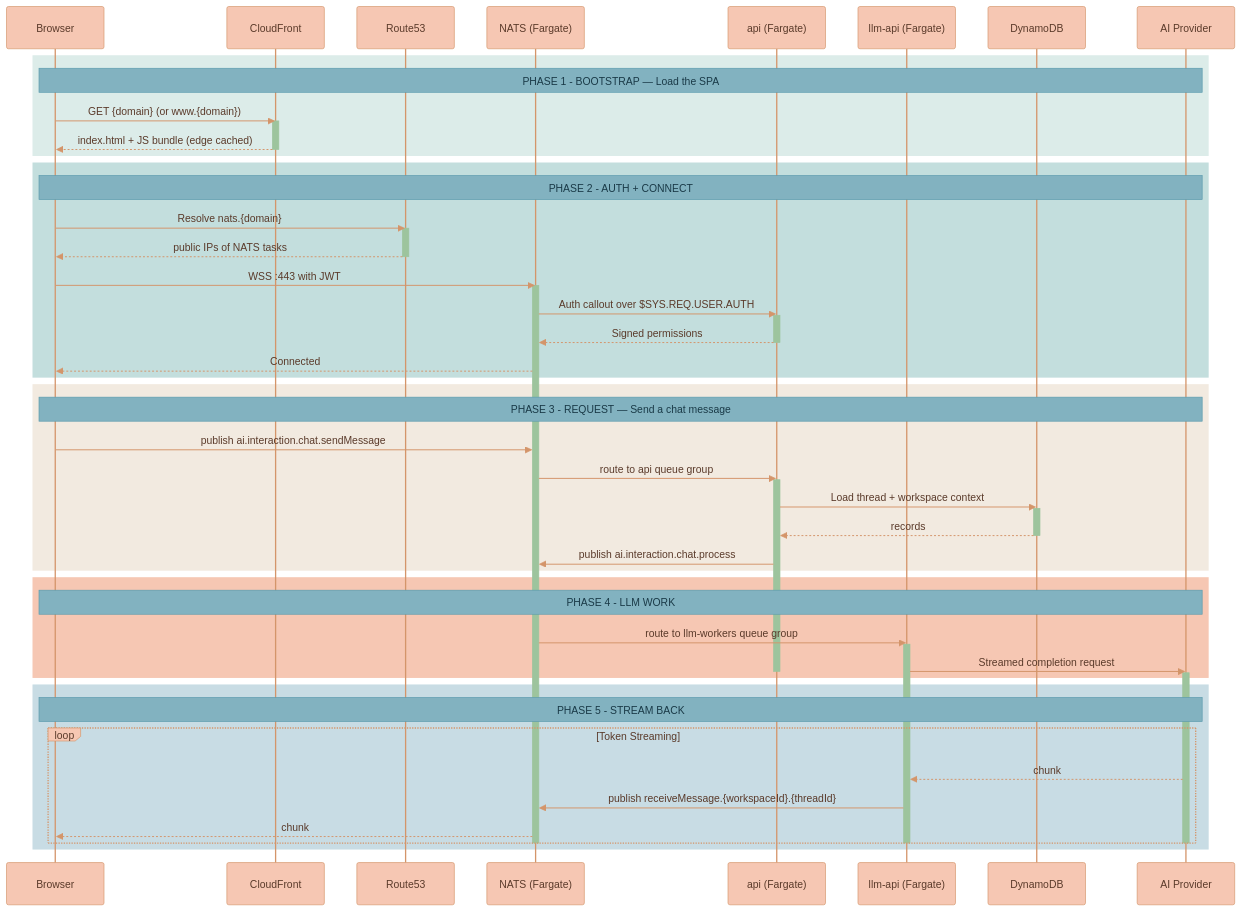
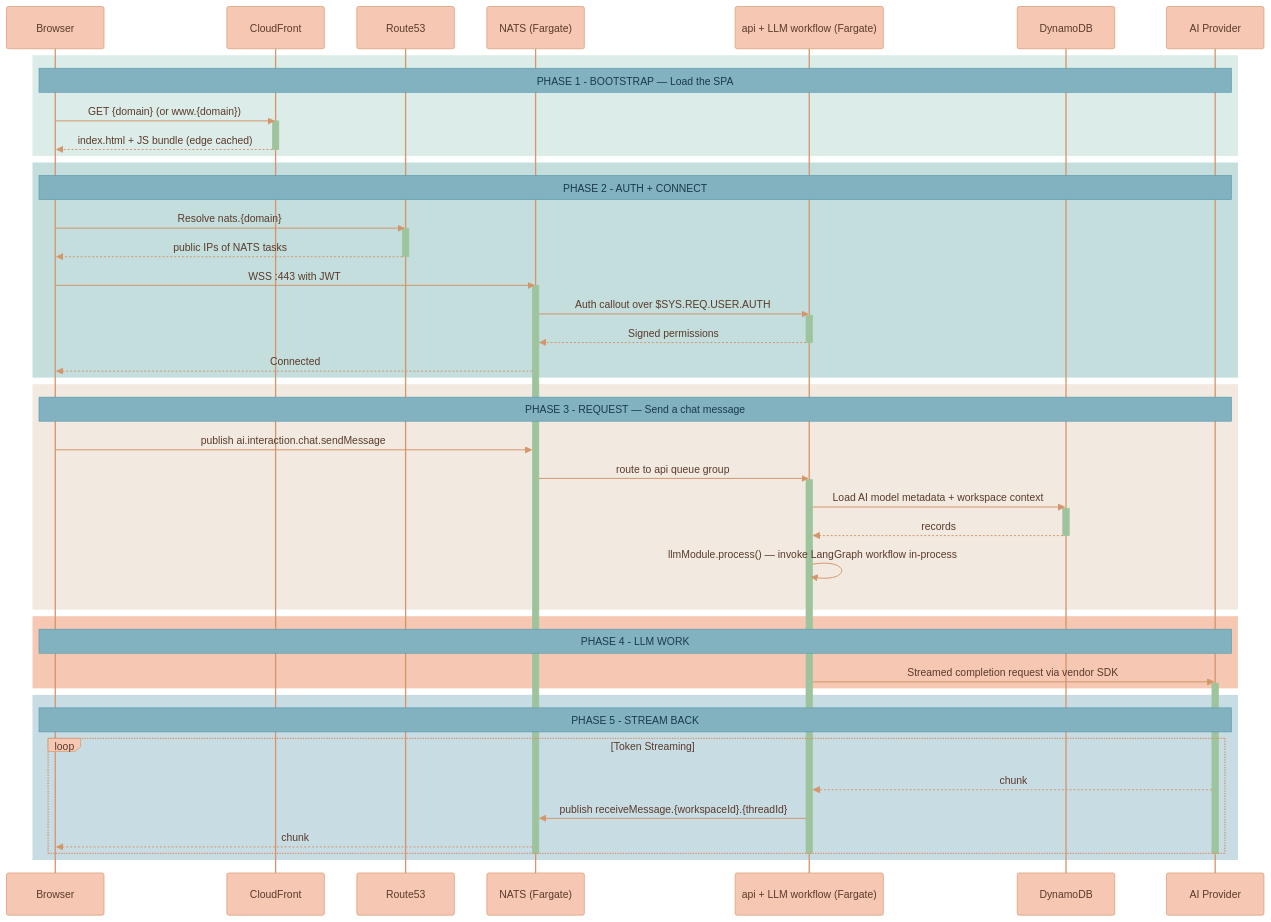
Before and after one commit to Lixpi/lixpi: the seventh of 8 diagrams in documentation/INFRASTRUCTURE-AND-DEPLOYMENT.md, drawn with Mermaid. The commit also changed other lines of this file and 59 other files, not shown here.

Commit message:
LIX-137 # Migrate LLM orchestration from Python llm-api to TypeScript in-process LangGraph module

````diff
--- a/documentation/INFRASTRUCTURE-AND-DEPLOYMENT.md
+++ b/documentation/INFRASTRUCTURE-AND-DEPLOYMENT.md
@@ -476,68 +469,64 @@
 ```mermaid
 %%{init: {'theme': 'base', 'themeVariables': { 'noteBkgColor': '#82B2C0', 'noteTextColor': '#1a3a47', 'noteBorderColor': '#5a9aad', 'actorBkg': '#F6C7B3', 'actorBorder': '#d4956a', 'actorTextColor': '#5a3a2a', 'actorLineColor': '#d4956a', 'signalColor': '#d4956a', 'signalTextColor': '#5a3a2a', 'labelBoxBkgColor': '#F6C7B3', 'labelBoxBorderColor': '#d4956a', 'labelTextColor': '#5a3a2a', 'loopTextColor': '#5a3a2a', 'activationBorderColor': '#9DC49D', 'activationBkgColor': '#9DC49D', 'sequenceNumberColor': '#5a3a2a'}}}%%
 sequenceDiagram
     participant Browser
     participant CF as CloudFront
     participant R53 as Route53
     participant NATS as NATS (Fargate)
-    participant API as api (Fargate)
-    participant LLM as llm-api (Fargate)
+    participant API as api + LLM workflow (Fargate)
     participant DDB as DynamoDB
     participant AI as AI Provider
 
     rect rgb(220, 236, 233)
         Note over Browser, AI: PHASE 1 - BOOTSTRAP — Load the SPA
         Browser->>CF: GET {domain} (or www.{domain})
         activate CF
         CF-->>Browser: index.html + JS bundle (edge cached)
         deactivate CF
     end
 
     rect rgb(195, 222, 221)
         Note over Browser, AI: PHASE 2 - AUTH + CONNECT
         Browser->>R53: Resolve nats.{domain}
         activate R53
         R53-->>Browser: public IPs of NATS tasks
         deactivate R53
         Browser->>NATS: WSS :443 with JWT
         activate NATS
         NATS->>API: Auth callout over $SYS.REQ.USER.AUTH
         activate API
         API-->>NATS: Signed permissions
         deactivate API
         NATS-->>Browser: Connected
     end
 
     rect rgb(242, 234, 224)
         Note over Browser, AI: PHASE 3 - REQUEST — Send a chat message
         Browser->>NATS: publish ai.interaction.chat.sendMessage
         NATS->>API: route to api queue group
         activate API
-        API->>DDB: Load thread + workspace context
+        API->>DDB: Load AI model metadata + workspace context
         activate DDB
         DDB-->>API: records
         deactivate DDB
-        API->>NATS: publish ai.interaction.chat.process
+        API->>API: llmModule.process() — invoke LangGraph workflow in-process
     end
 
     rect rgb(246, 199, 179)
         Note over Browser, AI: PHASE 4 - LLM WORK
-        NATS->>LLM: route to llm-workers queue group
-        activate LLM
-        LLM->>AI: Streamed completion request
+        API->>AI: Streamed completion request via vendor SDK
         activate AI
-        deactivate API
     end
 
     rect rgb(200, 220, 228)
         Note over Browser, AI: PHASE 5 - STREAM BACK
         loop Token Streaming
-            AI-->>LLM: chunk
-            LLM->>NATS: publish receiveMessage.{workspaceId}.{threadId}
+            AI-->>API: chunk
+            API->>NATS: publish receiveMessage.{workspaceId}.{threadId}
             NATS-->>Browser: chunk
         end
         deactivate AI
-        deactivate LLM
+        deactivate API
         deactivate NATS
     end
 ```
````
